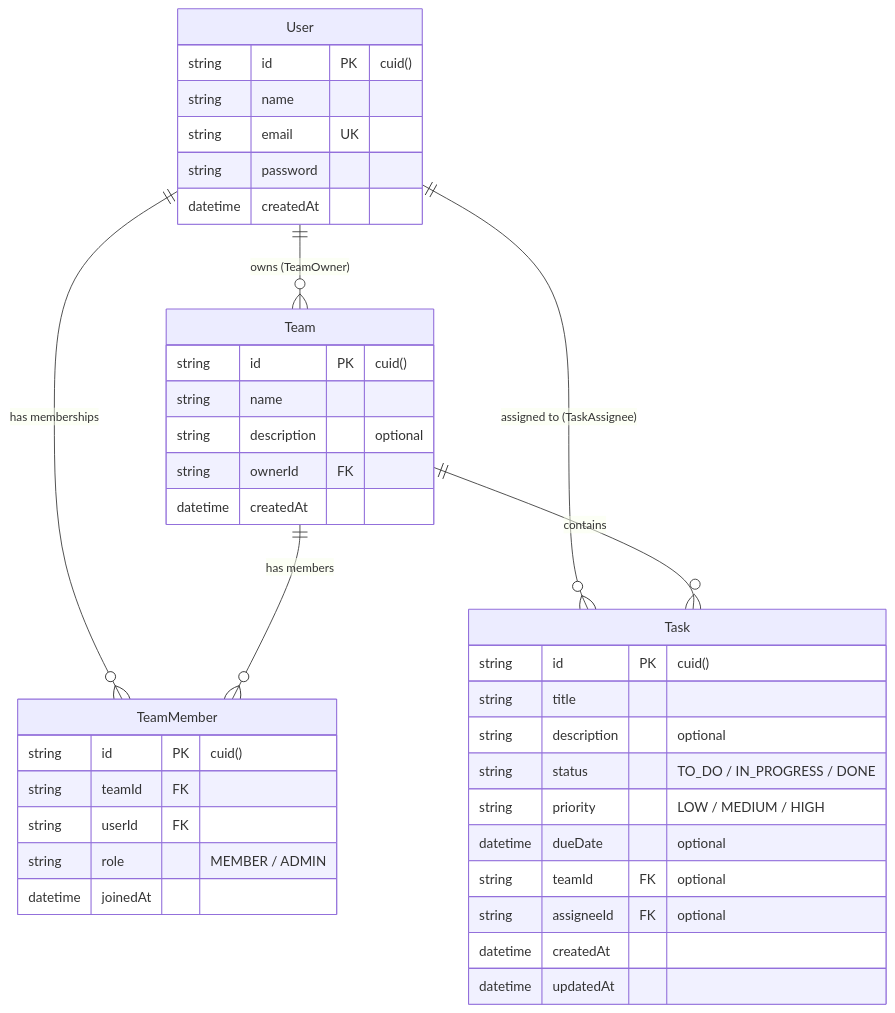
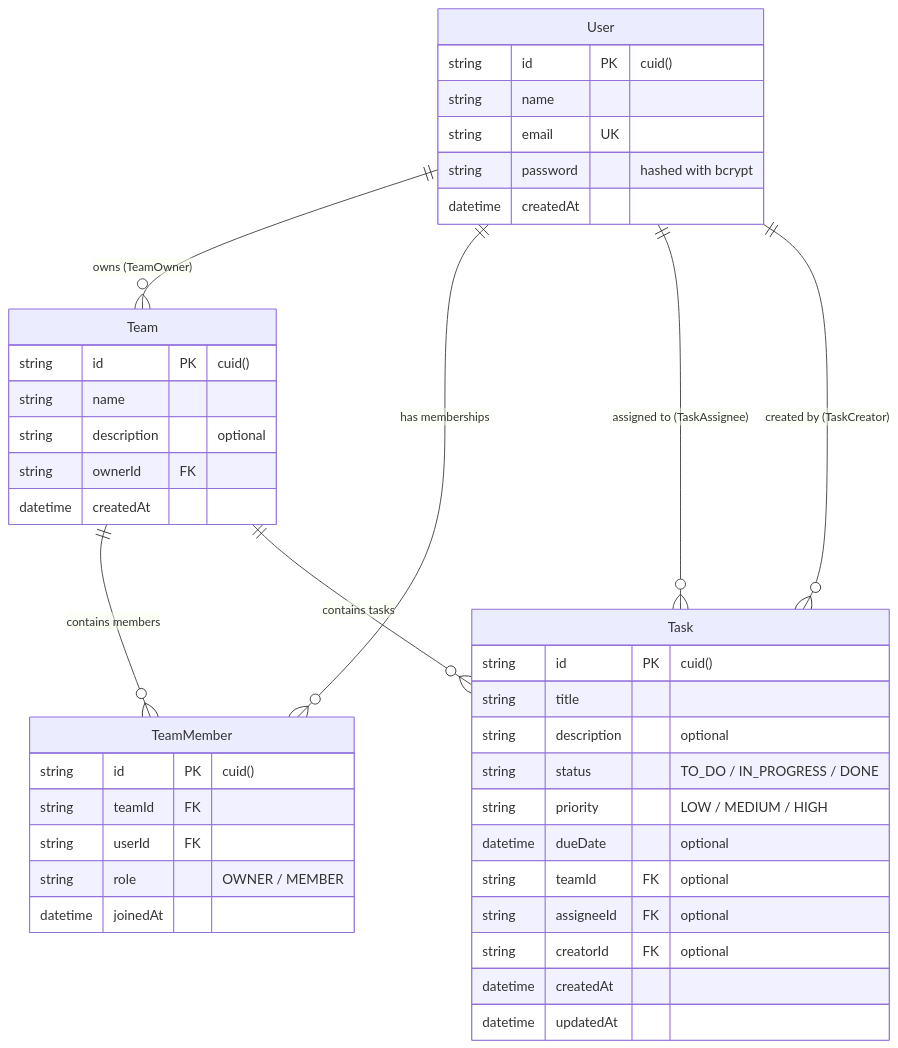
One commit to lenguyenanhmai05-dotcom/SDN302_Asm changed the diagram in README.md. Above: the diagram before and after it, drawn with Mermaid. The commit also changed other lines of this file and 6 other files, not shown here.

````diff
--- a/README.md
+++ b/README.md
@@ -39,45 +60,47 @@
 ```mermaid
 erDiagram
     User ||--o{ Team : "owns (TeamOwner)"
     User ||--o{ TeamMember : "has memberships"
     User ||--o{ Task : "assigned to (TaskAssignee)"
-    Team ||--o{ TeamMember : "has members"
-    Team ||--o{ Task : "contains"
+    User ||--o{ Task : "created by (TaskCreator)"
+    Team ||--o{ TeamMember : "contains members"
+    Team ||--o{ Task : "contains tasks"
 
     User {
         string id PK "cuid()"
         string name
         string email UK
-        string password
+        string password "hashed with bcrypt"
         datetime createdAt
     }
 
     Team {
         string id PK "cuid()"
         string name
         string description "optional"
         string ownerId FK
         datetime createdAt
     }
 
     TeamMember {
         string id PK "cuid()"
         string teamId FK
         string userId FK
-        string role "MEMBER / ADMIN"
+        string role "OWNER / MEMBER"
         datetime joinedAt
     }
 
     Task {
         string id PK "cuid()"
         string title
         string description "optional"
         string status "TO_DO / IN_PROGRESS / DONE"
         string priority "LOW / MEDIUM / HIGH"
         datetime dueDate "optional"
         string teamId FK "optional"
         string assigneeId FK "optional"
+        string creatorId FK "optional"
         datetime createdAt
         datetime updatedAt
     }
 ```
````
